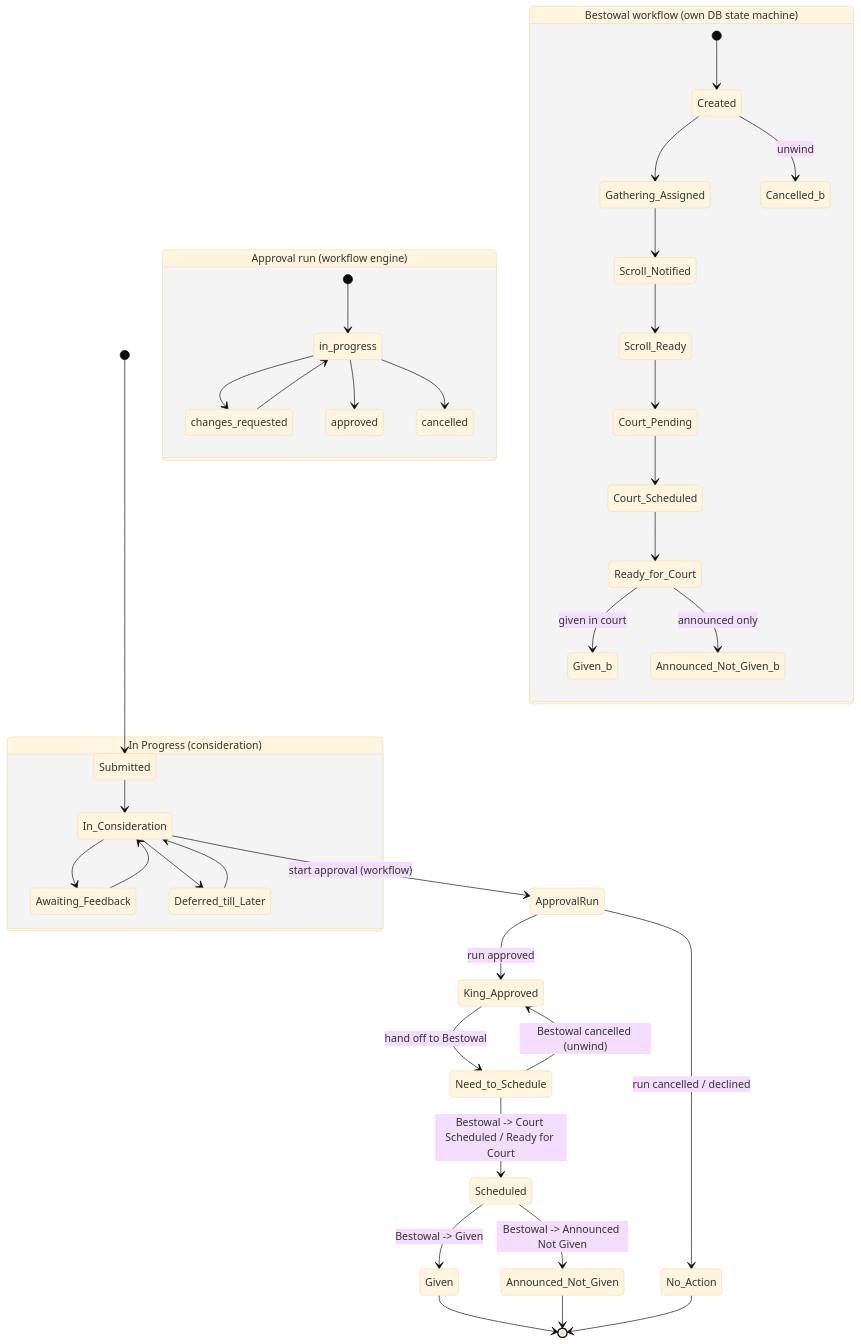
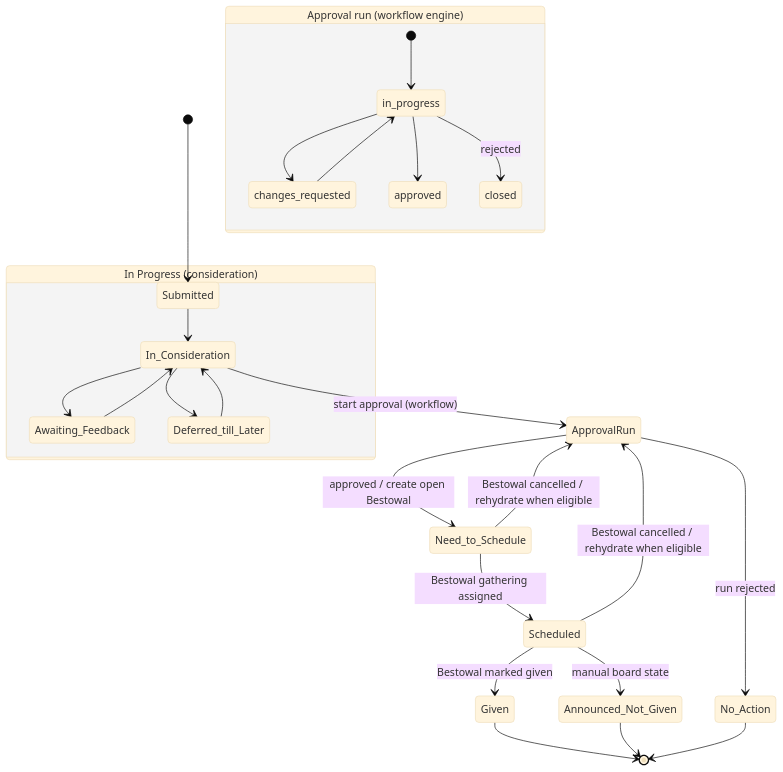
One commit to Ansteorra/KMP changed the second of 3 diagrams in app/docs/awards-recommendation-approvals-redesign.md. Above: the diagram before and after it, drawn with Mermaid (base theme). The commit also changed other lines of this file and 20 other files, not shown here.

````diff
--- a/app/docs/awards-recommendation-approvals-redesign.md
+++ b/app/docs/awards-recommendation-approvals-redesign.md
@@ -92,49 +97,35 @@
 ```mermaid
 stateDiagram-v2
     [*] --> Submitted
 
     state "In Progress (consideration)" as Consider {
         Submitted --> In_Consideration
         In_Consideration --> Awaiting_Feedback
         Awaiting_Feedback --> In_Consideration
         In_Consideration --> Deferred_till_Later
         Deferred_till_Later --> In_Consideration
     }
 
     In_Consideration --> ApprovalRun : start approval (workflow)
 
     state "Approval run (workflow engine)" as Approval {
         [*] --> in_progress
         in_progress --> changes_requested
         changes_requested --> in_progress
         in_progress --> approved
-        in_progress --> cancelled
+        in_progress --> closed : rejected
     }
 
-    ApprovalRun --> King_Approved : run approved
-    ApprovalRun --> No_Action : run cancelled / declined
+    ApprovalRun --> Need_to_Schedule : approved / create open Bestowal
+    ApprovalRun --> No_Action : run rejected
 
-    King_Approved --> Need_to_Schedule : hand off to Bestowal
-
-    state "Bestowal workflow (own DB state machine)" as Bestowal {
-        [*] --> Created
-        Created --> Gathering_Assigned
-        Gathering_Assigned --> Scroll_Notified
-        Scroll_Notified --> Scroll_Ready
-        Scroll_Ready --> Court_Pending
-        Court_Pending --> Court_Scheduled
-        Court_Scheduled --> Ready_for_Court
-        Ready_for_Court --> Given_b : given in court
-        Ready_for_Court --> Announced_Not_Given_b : announced only
-        Created --> Cancelled_b : unwind
-    }
-
-    Need_to_Schedule --> Scheduled : Bestowal -> Court Scheduled / Ready for Court
-    Scheduled --> Given : Bestowal -> Given
-    Scheduled --> Announced_Not_Given : Bestowal -> Announced Not Given
-    Need_to_Schedule --> King_Approved : Bestowal cancelled (unwind)
+    Need_to_Schedule --> Scheduled : Bestowal gathering assigned
+    Need_to_Schedule --> ApprovalRun : Bestowal cancelled / rehydrate when eligible
+    Scheduled --> ApprovalRun : Bestowal cancelled / rehydrate when eligible
+    Scheduled --> Given : Bestowal marked given
+    Scheduled --> Announced_Not_Given : manual board state
 
     Given --> [*]
     Announced_Not_Given --> [*]
     No_Action --> [*]
 ```
````
